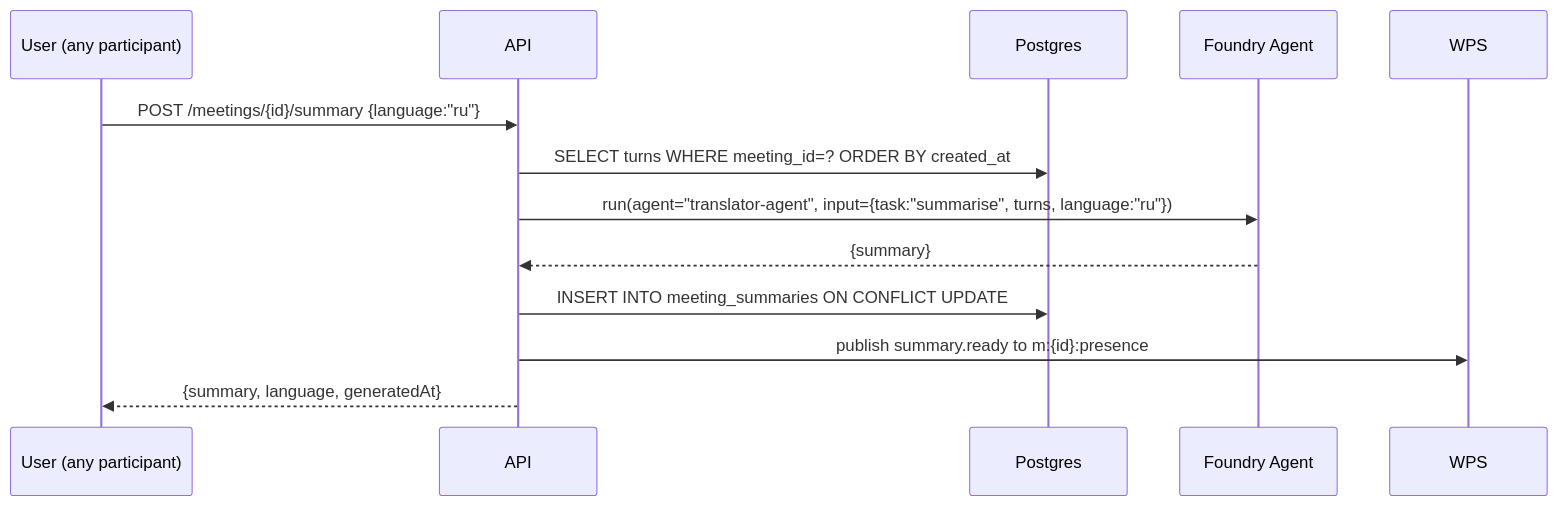
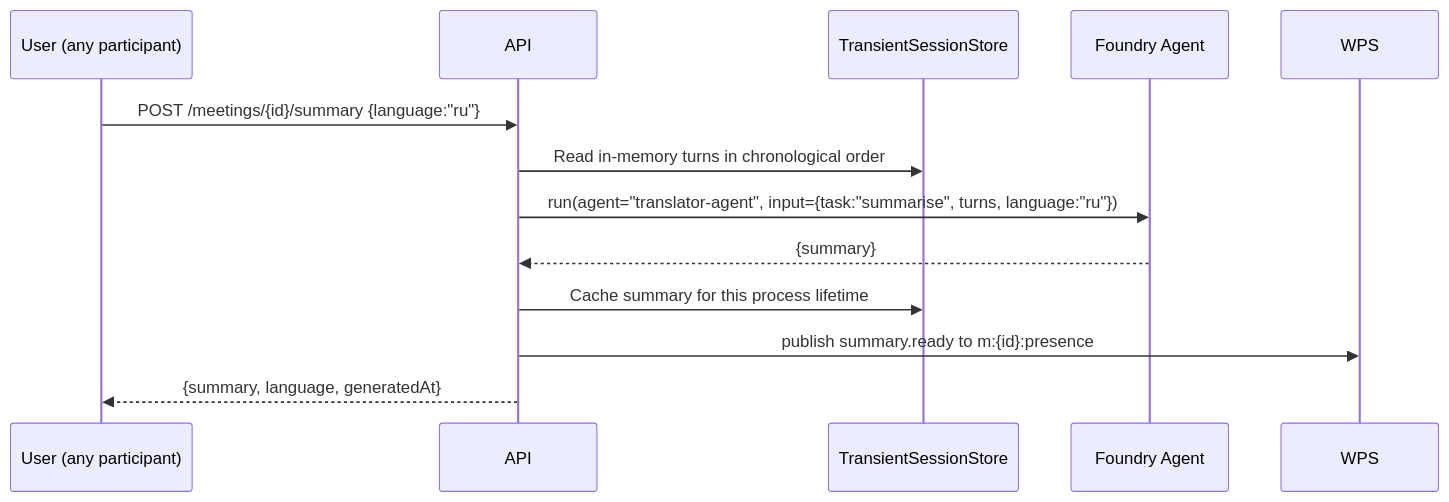
Before and after one commit to Azure-Samples/microsoft-foundry-basic: the fourth of 4 diagrams in docs/translator-design.md, drawn with Mermaid. The commit also changed other lines of this file and 44 other files, not shown here.

````diff
--- a/docs/translator-design.md
+++ b/docs/translator-design.md
@@ -364,14 +289,14 @@
 ```mermaid
 sequenceDiagram
   participant U as User (any participant)
   participant A as API
-  participant PG as Postgres
+  participant TS as TransientSessionStore
   participant F as Foundry Agent
   U->>A: POST /meetings/{id}/summary {language:"ru"}
-  A->>PG: SELECT turns WHERE meeting_id=? ORDER BY created_at
+  A->>TS: Read in-memory turns in chronological order
   A->>F: run(agent="translator-agent", input={task:"summarise", turns, language:"ru"})
   F-->>A: {summary}
-  A->>PG: INSERT INTO meeting_summaries ON CONFLICT UPDATE
+  A->>TS: Cache summary for this process lifetime
   A->>WPS: publish summary.ready to m:{id}:presence
   A-->>U: {summary, language, generatedAt}
 ```
````
